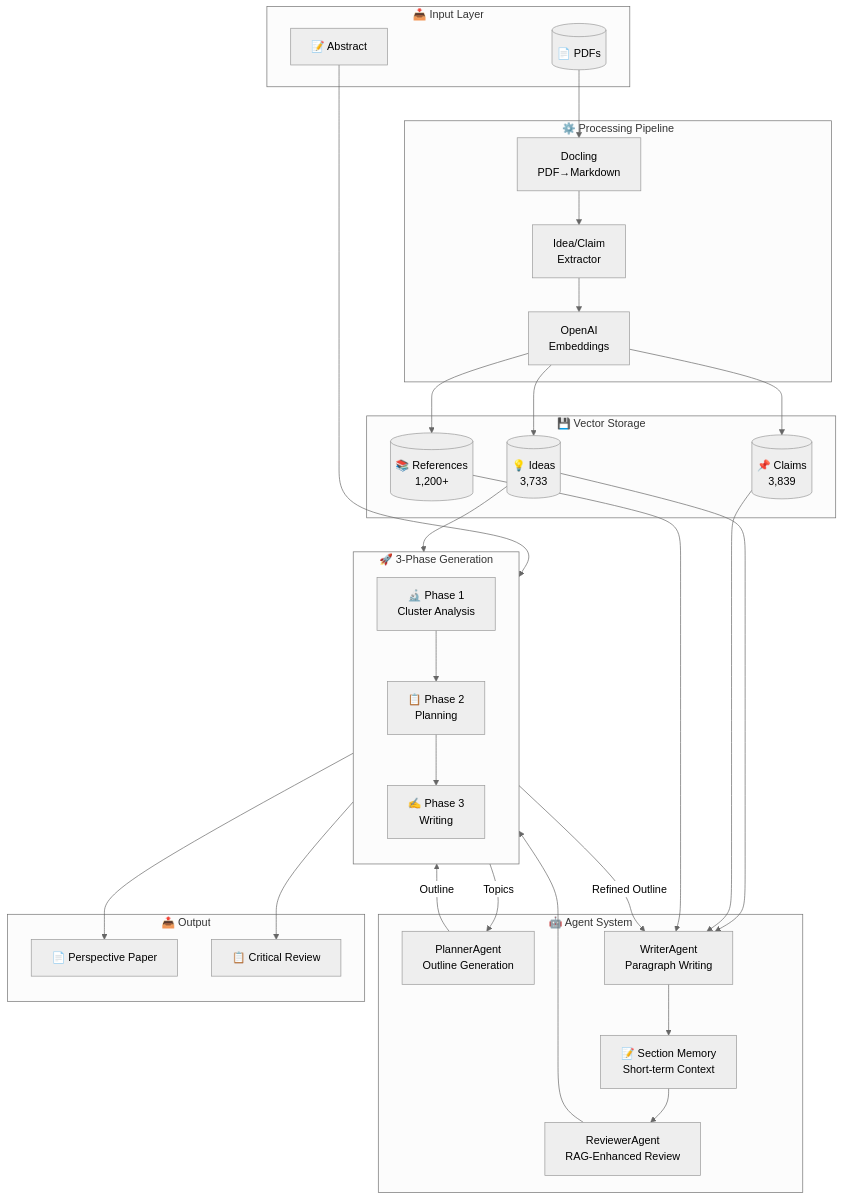
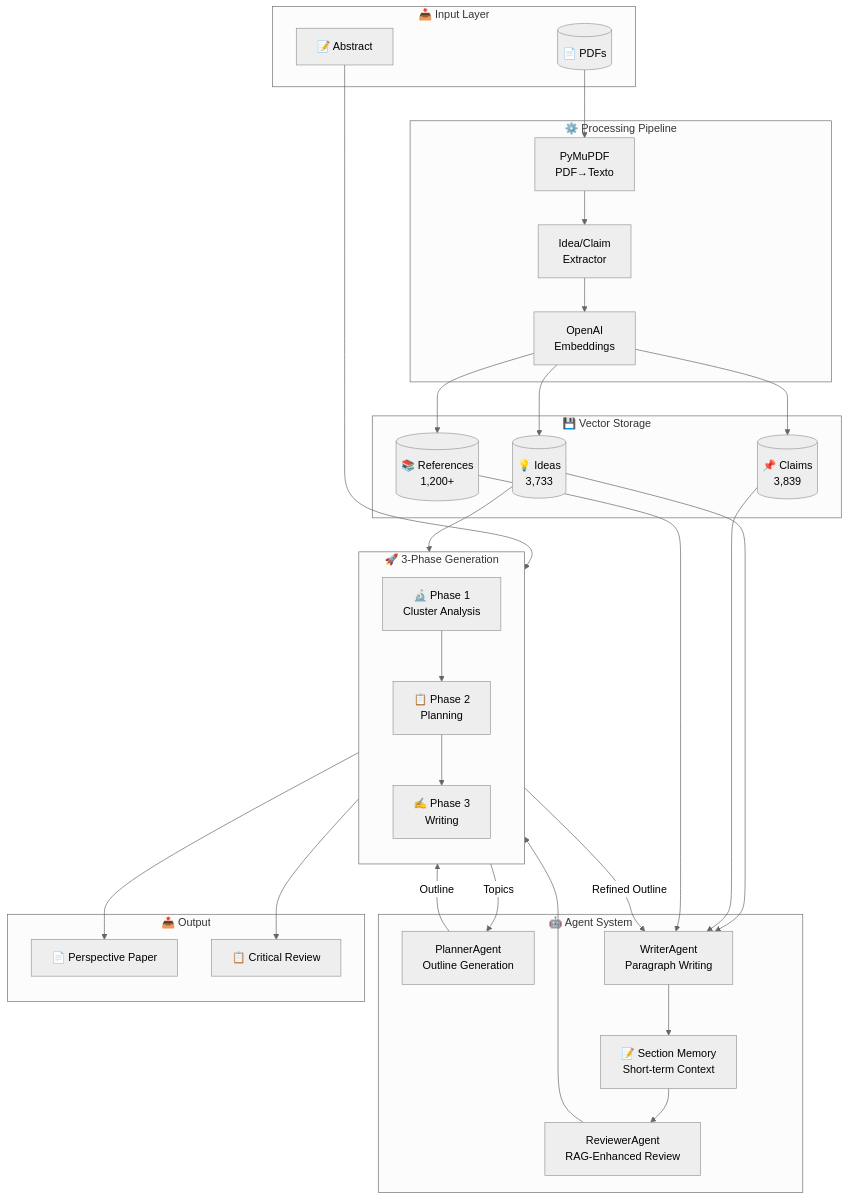
One commit to mikelval82/TheAiWriter changed the diagram in README.md. Above: the diagram before and after it, drawn with Mermaid (neutral theme). The commit also changed 29 other files, not shown here.

````diff
--- a/README.md
+++ b/README.md
@@ -17,52 +17,52 @@
 ```mermaid
 flowchart TB
     subgraph Input["📥 Input Layer"]
         PDFs[("📄 PDFs")]
         Abstract["📝 Abstract"]
     end
 
     subgraph Processing["⚙️ Processing Pipeline"]
-        Docling["Docling\nPDF→Markdown"]
+        Reader["PyMuPDF\nPDF→Texto"]
         Extractor["Idea/Claim\nExtractor"]
         Embedder["OpenAI\nEmbeddings"]
-        PDFs --> Docling --> Extractor --> Embedder
+        PDFs --> Reader --> Extractor --> Embedder
     end
 
     subgraph Storage["💾 Vector Storage"]
         Ideas[("💡 Ideas\n3,733")]
         Claims[("📌 Claims\n3,839")]
         Refs[("📚 References\n1,200+")]
         Embedder --> Ideas & Claims & Refs
     end
 
     subgraph Generation["🚀 3-Phase Generation"]
         direction TB
         P1["🔬 Phase 1\nCluster Analysis"]
         P2["📋 Phase 2\nPlanning"]
         P3["✍️ Phase 3\nWriting"]
         P1 --> P2 --> P3
     end
 
     subgraph Agents["🤖 Agent System"]
         Planner["PlannerAgent\nOutline Generation"]
         Writer["WriterAgent\nParagraph Writing"]
         Reviewer["ReviewerAgent\nRAG-Enhanced Review"]
         Memory["📝 Section Memory\nShort-term Context"]
     end
 
     subgraph Output["📤 Output"]
         Paper["📄 Perspective Paper"]
         Review["📋 Critical Review"]
     end
 
     Abstract --> P1
     Ideas --> P1
     P1 -->|Topics| Planner
     Planner -->|Outline| P2
     P2 -->|Refined Outline| Writer
     Ideas & Claims & Refs --> Writer
     Writer --> Memory
     Memory --> Reviewer
     Reviewer --> P3
     P3 --> Paper & Review
 ```
````
